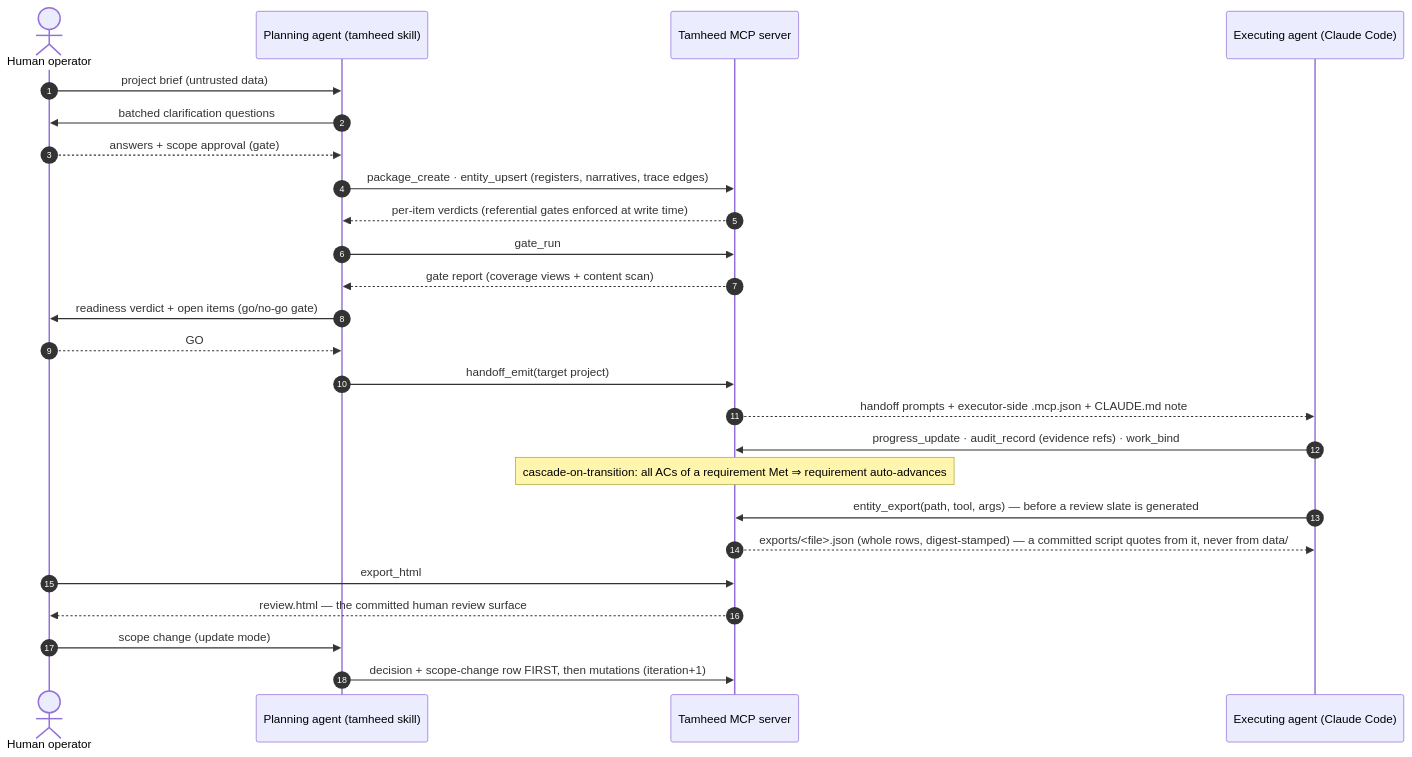
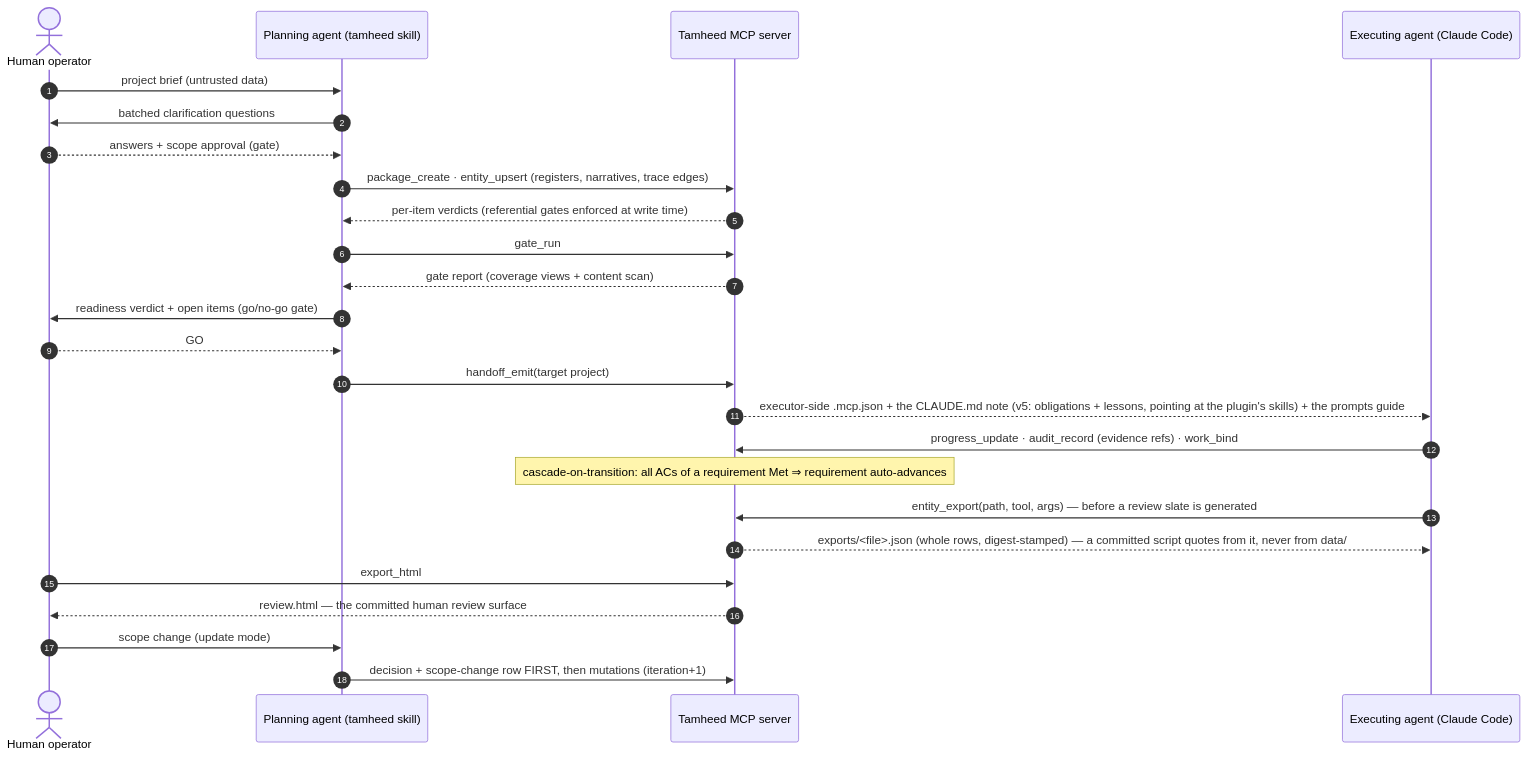
The second of 4 diagrams in docs/architecture.md (A-H-911/tamheed), drawn with Mermaid before and after one commit. The commit also changed other lines of this file and 16 other files, not shown here.

First line of the commit message:
docs: the v5.0.0 docs + diagrams sweep (plan 117)

````diff
--- a/docs/architecture.md
+++ b/docs/architecture.md
@@ -134,28 +134,28 @@
 ```mermaid
 sequenceDiagram
     autonumber
     actor Operator as Human operator
     participant Planner as Planning agent (tamheed skill)
     participant Server as Tamheed MCP server
     participant Executor as Executing agent (Claude Code)
 
     Operator->>Planner: project brief (untrusted data)
     Planner->>Operator: batched clarification questions
     Operator-->>Planner: answers + scope approval (gate)
     Planner->>Server: package_create · entity_upsert (registers, narratives, trace edges)
     Server-->>Planner: per-item verdicts (referential gates enforced at write time)
     Planner->>Server: gate_run
     Server-->>Planner: gate report (coverage views + content scan)
     Planner->>Operator: readiness verdict + open items (go/no-go gate)
     Operator-->>Planner: GO
     Planner->>Server: handoff_emit(target project)
-    Server-->>Executor: handoff prompts + executor-side .mcp.json + CLAUDE.md note
+    Server-->>Executor: executor-side .mcp.json + the CLAUDE.md note (v5: obligations + lessons, pointing at the plugin's skills) + the prompts guide
     Executor->>Server: progress_update · audit_record (evidence refs) · work_bind
     Note over Server: cascade-on-transition: all ACs of a requirement Met ⇒ requirement auto-advances
     Executor->>Server: entity_export(path, tool, args) — before a review slate is generated
     Server-->>Executor: exports/<file>.json (whole rows, digest-stamped) — a committed script quotes from it, never from data/
     Operator->>Server: export_html
     Server-->>Operator: review.html — the committed human review surface
     Operator->>Planner: scope change (update mode)
     Planner->>Server: decision + scope-change row FIRST, then mutations (iteration+1)
 ```
````
